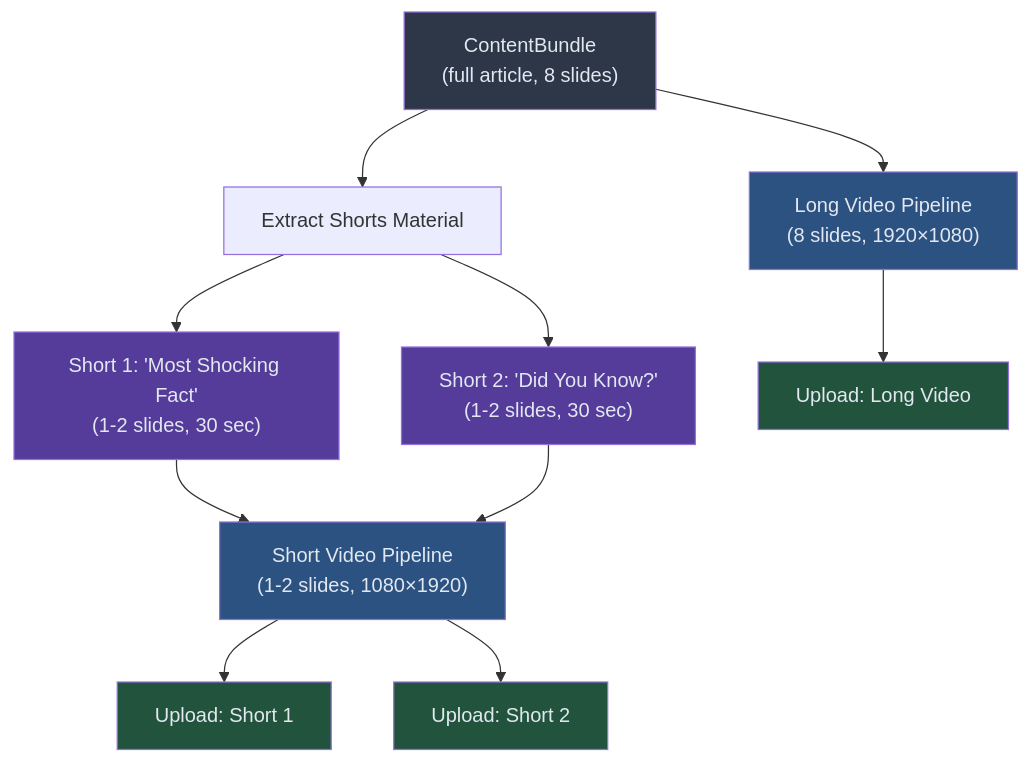
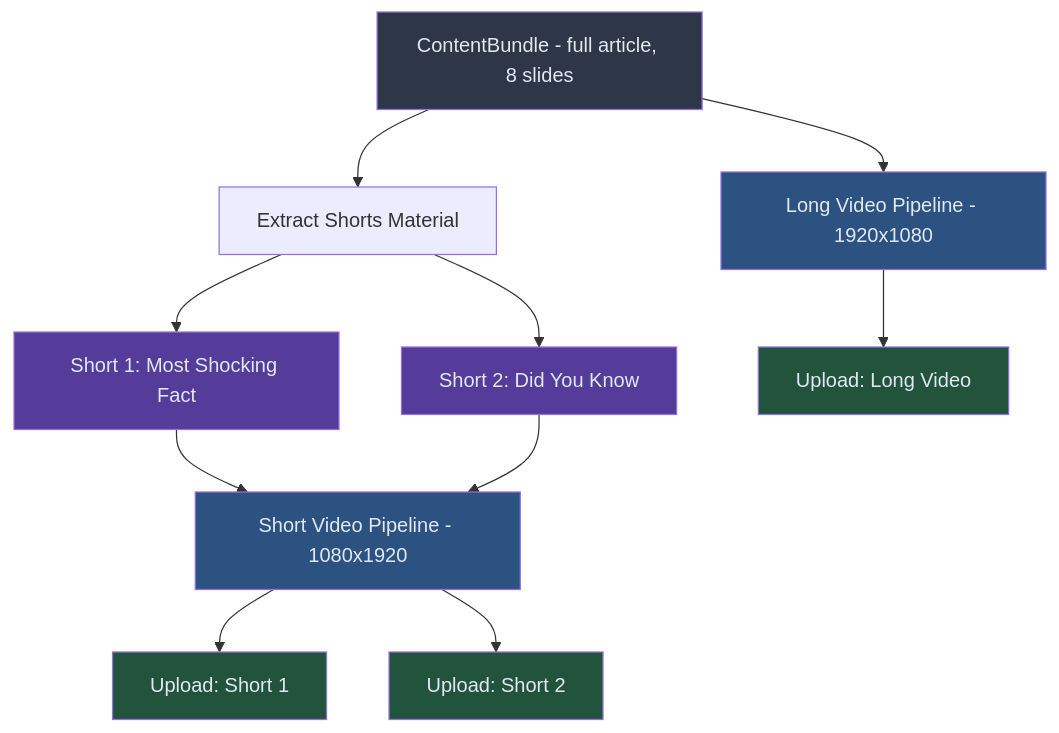
Before and after one commit to AbhinandanPun/dinopedia: the first of 2 diagrams in specs/spec-04-shorts-pipeline.md, drawn with Mermaid. The commit also changed other lines of this file and 5 other files, not shown here.

````diff
--- a/specs/spec-04-shorts-pipeline.md
+++ b/specs/spec-04-shorts-pipeline.md
@@ -23,23 +23,23 @@
 ```mermaid
 flowchart TD
-    A["ContentBundle\n(full article, 8 slides)"] --> B["Extract Shorts Material"]
-    B --> C["Short 1: 'Most Shocking Fact'\n(1-2 slides, 30 sec)"]
-    B --> D["Short 2: 'Did You Know?'\n(1-2 slides, 30 sec)"]
+    A["ContentBundle - full article, 8 slides"] --> B["Extract Shorts Material"]
+    B --> C["Short 1: Most Shocking Fact"]
+    B --> D["Short 2: Did You Know"]
     
-    A --> E["Long Video Pipeline\n(8 slides, 1920×1080)"]
-    C --> F["Short Video Pipeline\n(1-2 slides, 1080×1920)"]
+    A --> E["Long Video Pipeline - 1920x1080"]
+    C --> F["Short Video Pipeline - 1080x1920"]
     D --> F
     
     E --> G["Upload: Long Video"]
     F --> H["Upload: Short 1"]
     F --> I["Upload: Short 2"]
 
     style A fill:#2d3748,color:#e2e8f0
     style C fill:#553c9a,color:#e2e8f0
     style D fill:#553c9a,color:#e2e8f0
     style E fill:#2c5282,color:#e2e8f0
     style F fill:#2c5282,color:#e2e8f0
     style G fill:#22543d,color:#e2e8f0
     style H fill:#22543d,color:#e2e8f0
     style I fill:#22543d,color:#e2e8f0
 ```
````
